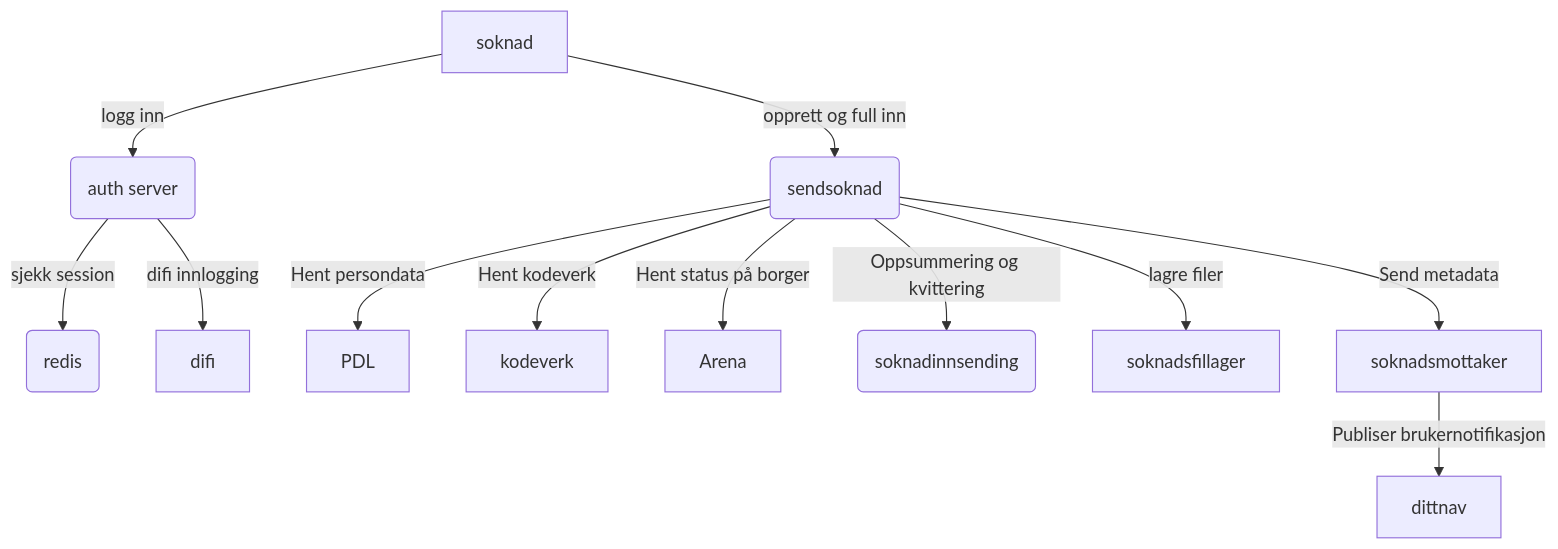
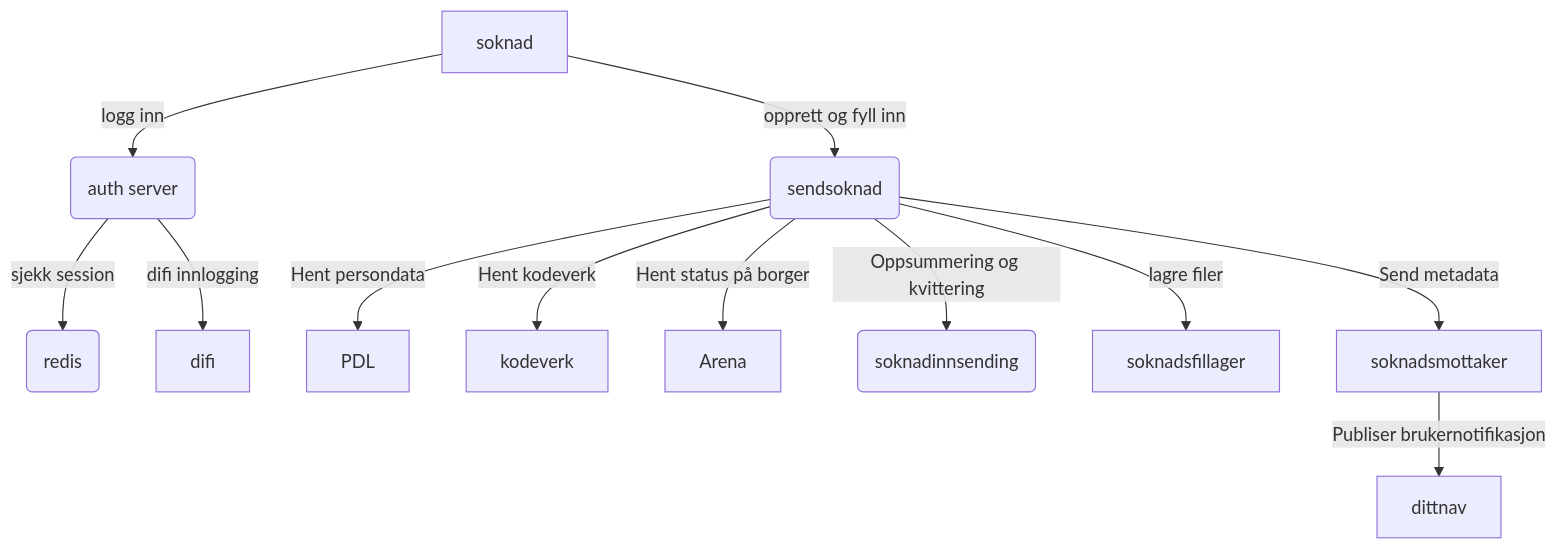
One commit to navikt/sendsoknad-boot changed the first of 4 diagrams in docs/Soknadsavhengigheter.md. Above: the diagram before and after it, drawn with Mermaid. The commit also changed other lines of this file, not shown here.

Commit message:
rettet srkivefeil

````diff
--- a/docs/Soknadsavhengigheter.md
+++ b/docs/Soknadsavhengigheter.md
@@ -6,14 +6,14 @@
 ```mermaid
 graph TD
     A[soknad] -->|logg inn| B(auth server)
-    A --> |opprett og full inn| C(sendsoknad)
+    A --> |opprett og fyll inn| C(sendsoknad)
     B --> |sjekk session| N(redis) 
     B --> |difi innlogging| D[difi]
     C -->|Hent persondata| E[PDL]
     C -->|Hent kodeverk| F[kodeverk]
     C -->|Hent status på borger| G[Arena]
     C -->|Oppsummering og kvittering| H(soknadinnsending)
     C -->|lagre filer| I[soknadsfillager]
     C -->|Send metadata| J[soknadsmottaker]
     J -->|Publiser brukernotifikasjon| M[dittnav]    
 ```
````
